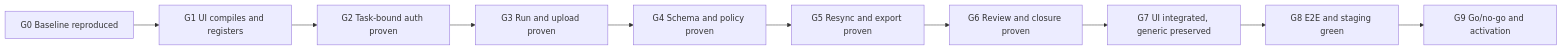
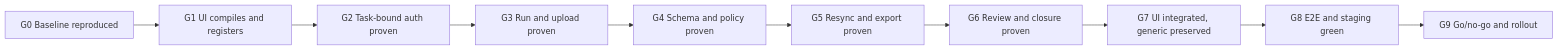
Before and after one commit to Brandcentral-Pvt/RetailOps: the second of 2 diagrams in docs/engineering/OOS_RECON_001_REMEDIATION_PLAN.md, drawn with Mermaid. The commit also changed other lines of this file and 6 other files, not shown here.

````diff
--- a/docs/engineering/OOS_RECON_001_REMEDIATION_PLAN.md
+++ b/docs/engineering/OOS_RECON_001_REMEDIATION_PLAN.md
@@ -493,12 +508,12 @@
 ```mermaid
 flowchart LR
   G0[G0 Baseline reproduced] --> G1[G1 UI compiles and registers]
   G1 --> G2[G2 Task-bound auth proven]
   G2 --> G3[G3 Run and upload proven]
   G3 --> G4[G4 Schema and policy proven]
   G4 --> G5[G5 Resync and export proven]
   G5 --> G6[G6 Review and closure proven]
   G6 --> G7[G7 UI integrated, generic preserved]
   G7 --> G8[G8 E2E and staging green]
-  G8 --> G9[G9 Go/no-go and activation]
+  G8 --> G9[G9 Go/no-go and rollout]
 ```
````
